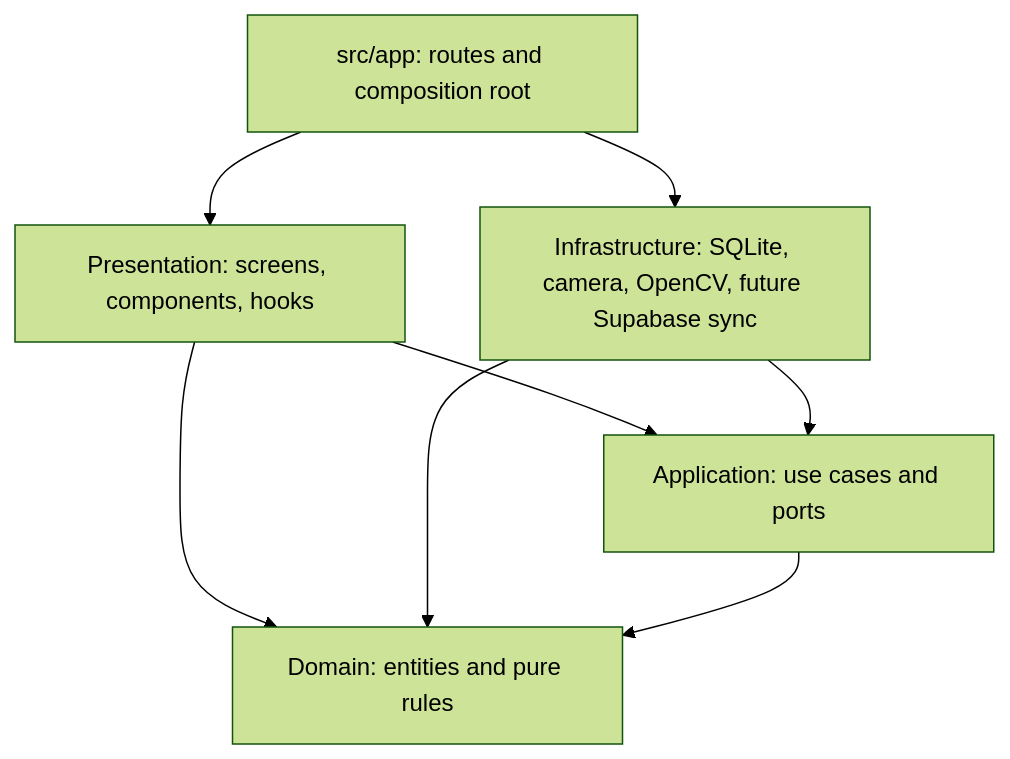
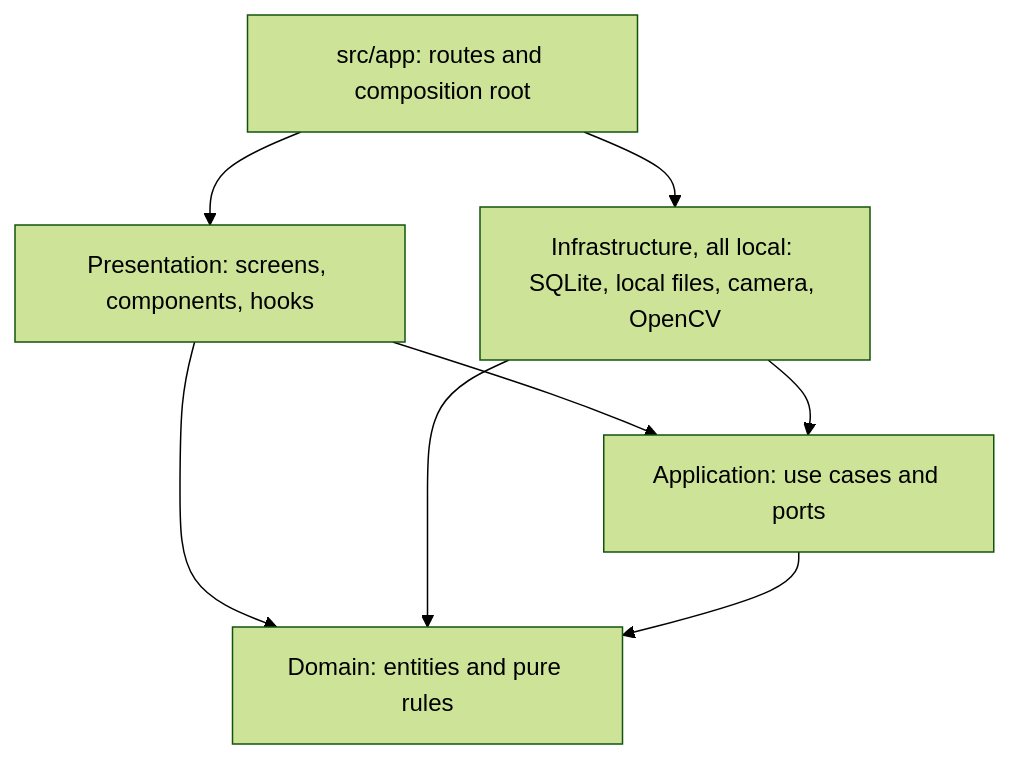
Before and after one commit to nicolaseugenio2022-cyber/answer-checker: the second of 7 diagrams in docs/diagrams.md, drawn with Mermaid (forest theme). The commit also changed other lines of this file and 5 other files, not shown here.

First line of the commit message:
docs: make the architecture offline-only

````diff
--- a/docs/diagrams.md
+++ b/docs/diagrams.md
@@ -35,16 +40,16 @@
 ```mermaid
 flowchart TD
     ROUTES["src/app: routes and composition root"]
     PRES["Presentation: screens, components, hooks"]
-    INFRA["Infrastructure: SQLite, camera, OpenCV, future Supabase sync"]
+    INFRA["Infrastructure, all local: SQLite, local files, camera, OpenCV"]
     APP["Application: use cases and ports"]
     DOMAIN["Domain: entities and pure rules"]
 
     ROUTES --> PRES
     ROUTES --> INFRA
     PRES --> APP
     PRES --> DOMAIN
     INFRA --> APP
     INFRA --> DOMAIN
     APP --> DOMAIN
 ```
````
